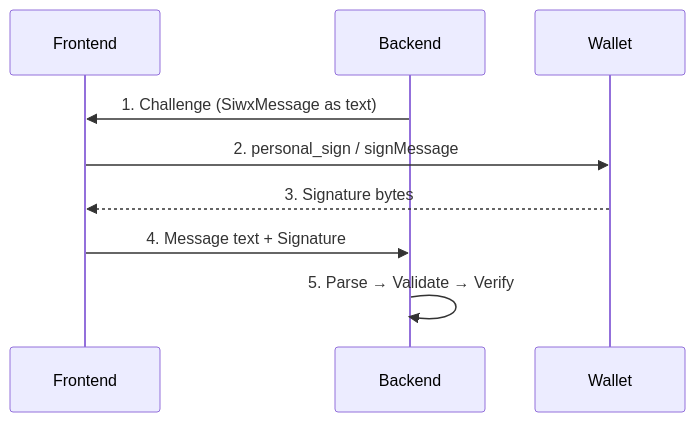
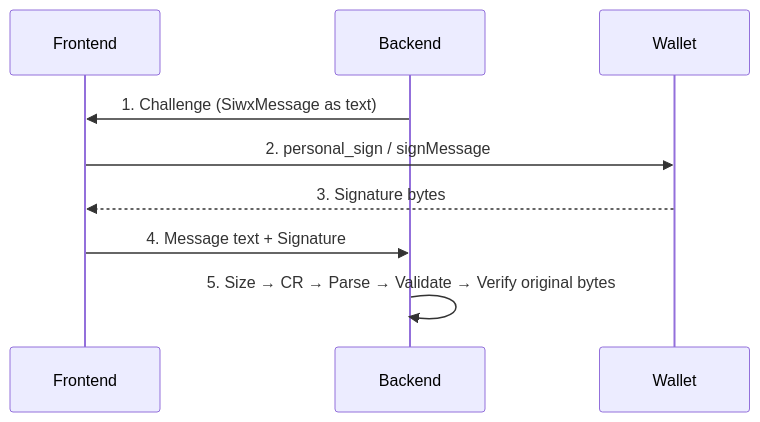
Before and after one commit to qntx/siwx: the diagram in README.md, drawn with Mermaid. The commit also changed other lines of this file and 12 other files, not shown here.

````diff
--- a/README.md
+++ b/README.md
@@ -186,12 +224,12 @@
 ```mermaid
 sequenceDiagram
     participant Frontend
     participant Backend
     participant Wallet
 
     Backend->>Frontend: 1. Challenge (SiwxMessage as text)
     Frontend->>Wallet: 2. personal_sign / signMessage
     Wallet-->>Frontend: 3. Signature bytes
     Frontend->>Backend: 4. Message text + Signature
-    Backend->>Backend: 5. Parse → Validate → Verify
+    Backend->>Backend: 5. Size → CR → Parse → Validate → Verify original bytes
 ```
````
